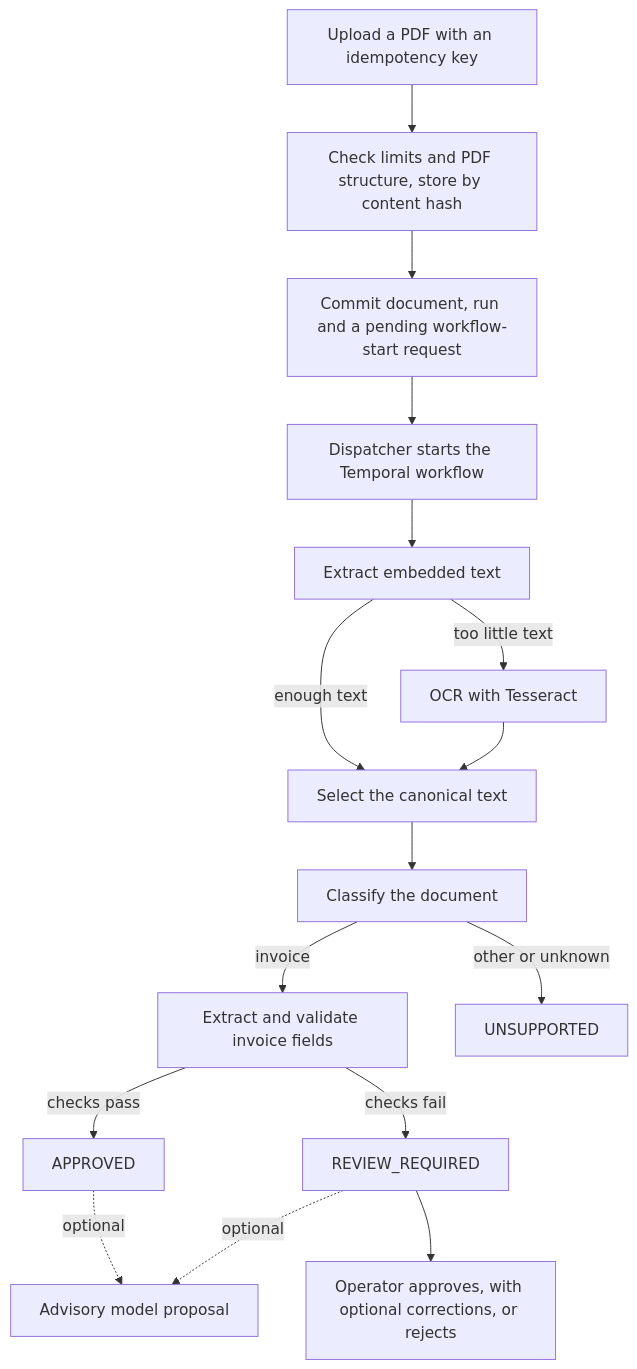
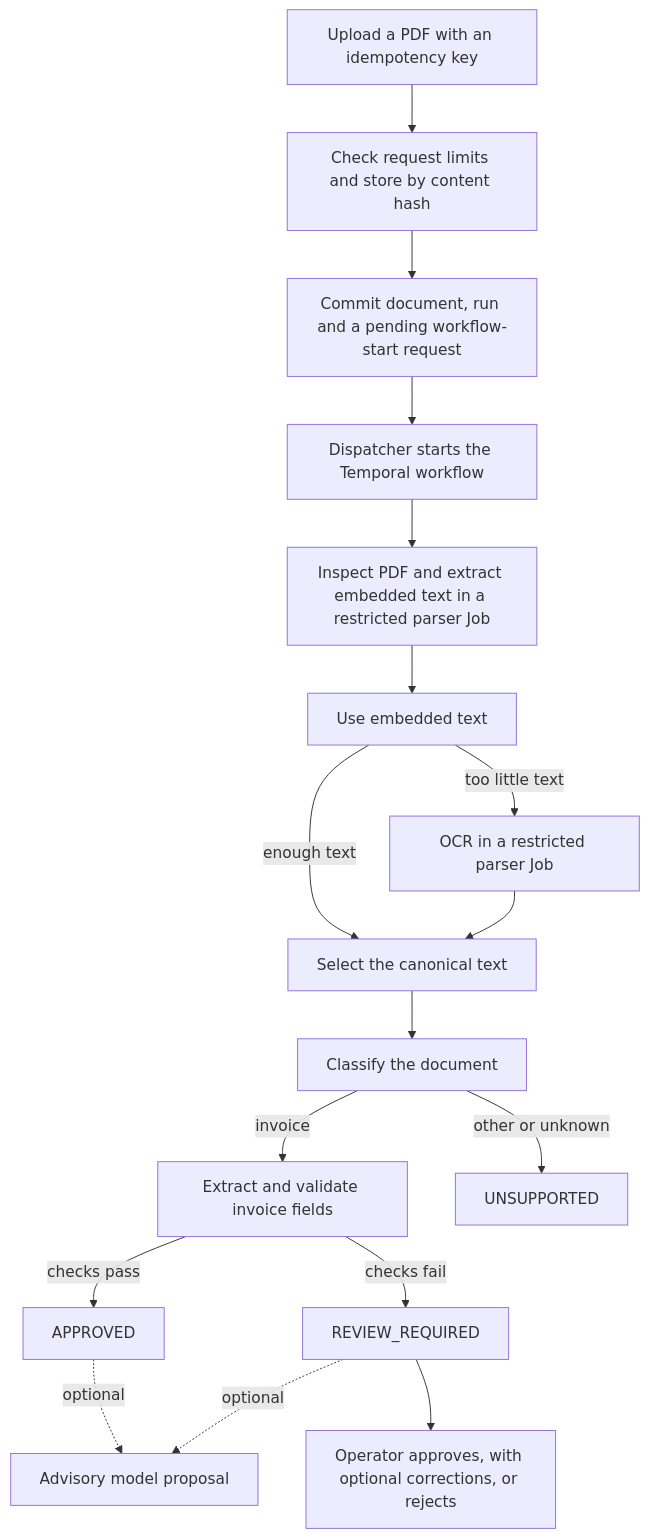
One commit to PietroRussoD/ai-document-processing-platform changed the first of 2 diagrams in docs/product-overview.md. Above: the diagram before and after it, drawn with Mermaid. The commit also changed other lines of this file and 2 other files, not shown here.

Commit message:
📝 Update parser isolation capability docs

````diff
--- a/docs/product-overview.md
+++ b/docs/product-overview.md
@@ -64,18 +64,19 @@
 ```mermaid
 flowchart TB
-    Upload["Upload a PDF with an idempotency key"] --> Accept["Check limits and PDF structure, store by content hash"]
+    Upload["Upload a PDF with an idempotency key"] --> Accept["Check request limits and store by content hash"]
     Accept --> Commit["Commit document, run and a pending workflow-start request"]
     Commit --> Dispatch["Dispatcher starts the Temporal workflow"]
-    Dispatch --> Text["Extract embedded text"]
-    Text -->|"too little text"| OCR["OCR with Tesseract"]
+    Dispatch --> Inspect["Inspect PDF and extract embedded text in a restricted parser Job"]
+    Inspect --> Text["Use embedded text"]
+    Text -->|"too little text"| OCR["OCR in a restricted parser Job"]
     Text -->|"enough text"| Select["Select the canonical text"]
     OCR --> Select
     Select --> Classify["Classify the document"]
     Classify -->|"invoice"| Extract["Extract and validate invoice fields"]
     Classify -->|"other or unknown"| Unsupported["UNSUPPORTED"]
     Extract -->|"checks pass"| Approved["APPROVED"]
     Extract -->|"checks fail"| Review["REVIEW_REQUIRED"]
     Approved -.->|"optional"| Proposal["Advisory model proposal"]
     Review -.->|"optional"| Proposal
     Review --> Decision["Operator approves, with optional corrections, or rejects"]
 ```
````
